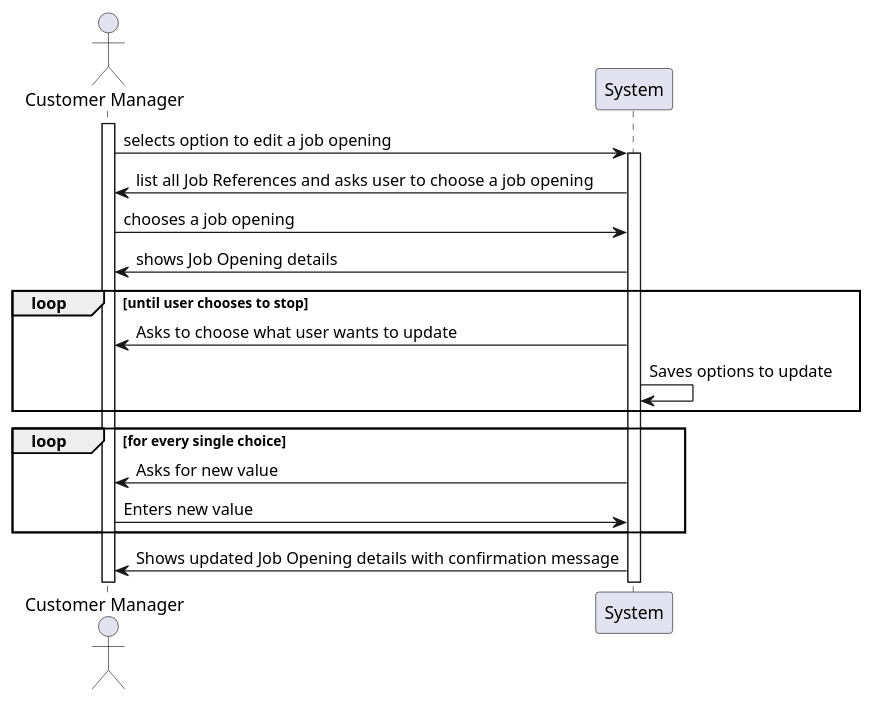
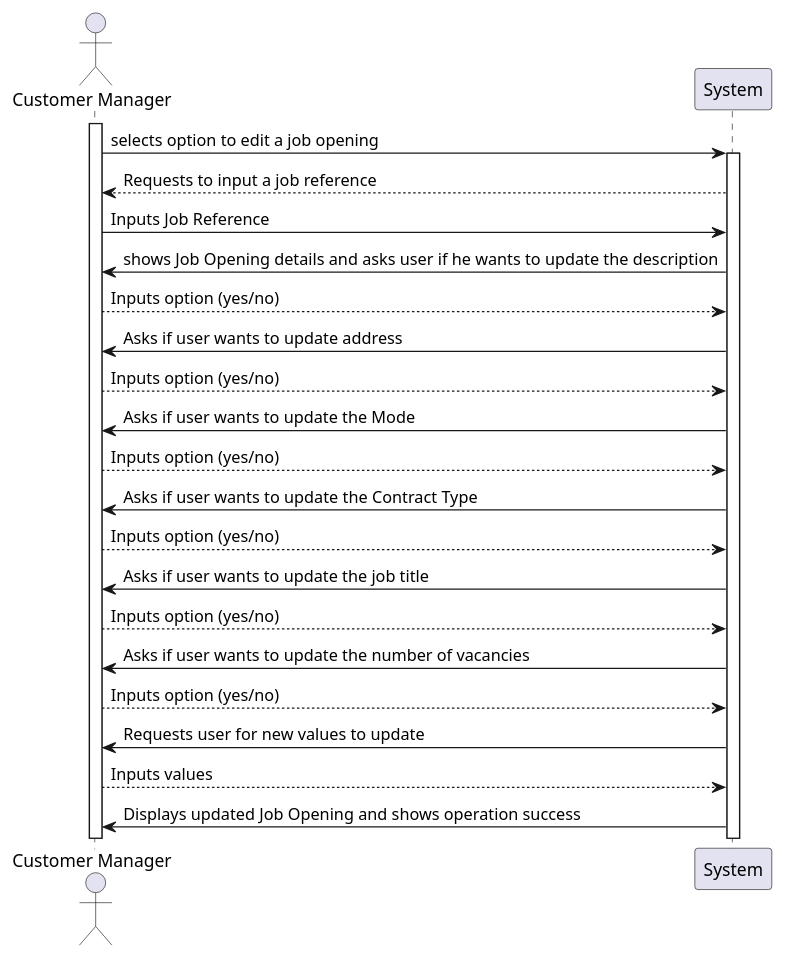
One commit to marcoferreira37/Lapr4 changed the diagram in docs/sprintC/1004/puml/1004-system-sequence-diagram.puml. Above: the diagram before and after it, drawn with PlantUML.

Commit message:
#36 [1004] Updated SSD

```diff
--- a/docs/sprintC/1004/puml/1004-system-sequence-diagram.puml
+++ b/docs/sprintC/1004/puml/1004-system-sequence-diagram.puml
@@ -1,23 +1,29 @@
 @startuml
 
 Actor "Customer Manager" as U
 Participant "System" as S
 
 activate U
 
 U -> S: selects option to edit a job opening
 activate S
-S -> U : list all Job References and asks user to choose a job opening
-U -> S : chooses a job opening
-S -> U : shows Job Opening details
-loop until user chooses to stop
-S -> U : Asks to choose what user wants to update
-S -> S: Saves options to update
-end
-loop for every single choice
-S -> U : Asks for new value
-U -> S : Enters new value
-end
-S -> U : Shows updated Job Opening details with confirmation message
+
+S --> U : Requests to input a job reference
+U -> S : Inputs Job Reference
+S -> U : shows Job Opening details and asks user if he wants to update the description
+U --> S : Inputs option (yes/no)
+S -> U : Asks if user wants to update address
+U --> S : Inputs option (yes/no)
+S -> U: Asks if user wants to update the Mode
+U --> S : Inputs option (yes/no)
+S -> U : Asks if user wants to update the Contract Type
+U --> S : Inputs option (yes/no)
+S -> U: Asks if user wants to update the job title
+U --> S : Inputs option (yes/no)
+S -> U: Asks if user wants to update the number of vacancies
+U --> S: Inputs option (yes/no)
+S -> U: Requests user for new values to update
+U --> S: Inputs values
+S -> U : Displays updated Job Opening and shows operation success
 
 @enduml
```
